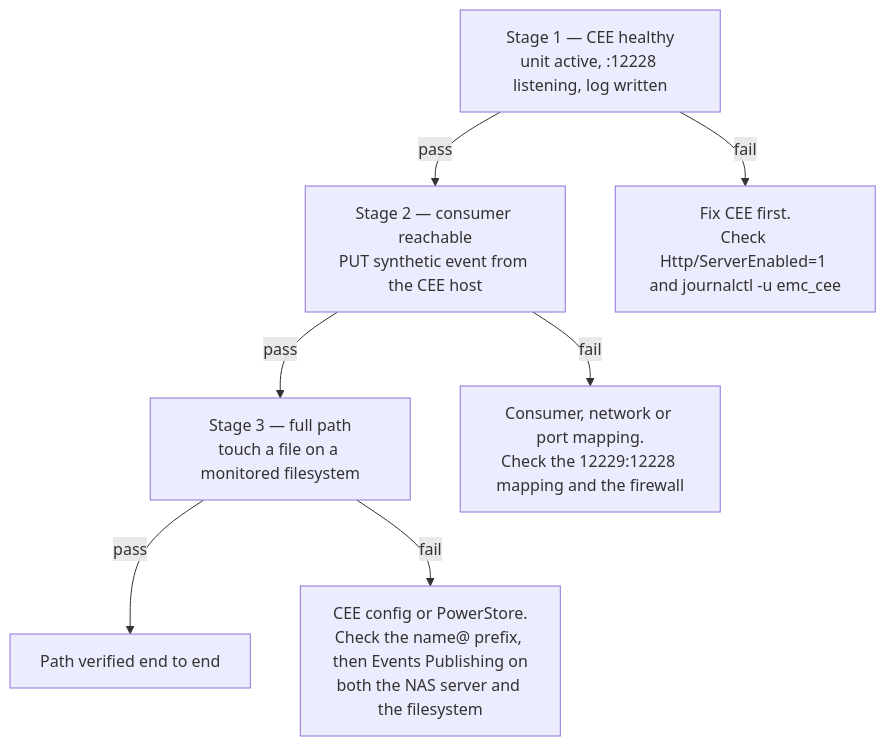
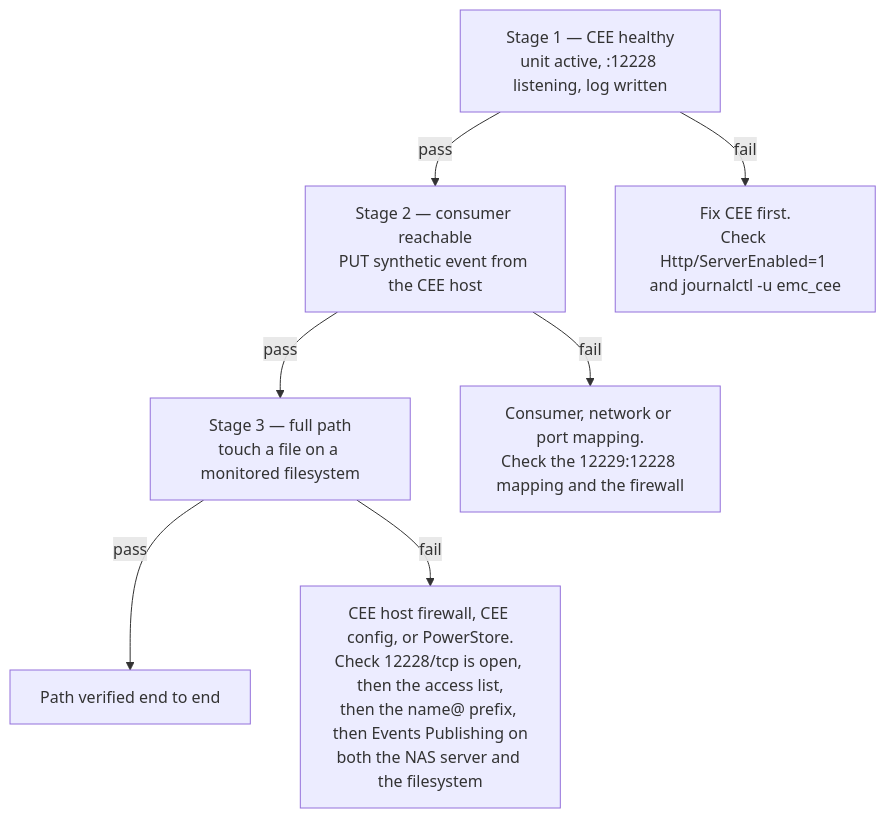
One commit to fjacquet/cee-worker changed the diagram in docs/powerstore-setup-runbook.md. Above: the diagram before and after it, drawn with Mermaid. The commit also changed other lines of this file and 12 other files, not shown here.

````diff
--- a/docs/powerstore-setup-runbook.md
+++ b/docs/powerstore-setup-runbook.md
@@ -52,18 +62,18 @@
 ```mermaid
 flowchart TD
     S1["Stage 1 — CEE healthy<br/>unit active, :12228 listening, log written"]
     S2["Stage 2 — consumer reachable<br/>PUT synthetic event from the CEE host"]
     S3["Stage 3 — full path<br/>touch a file on a monitored filesystem"]
 
     F1["Fix CEE first.<br/>Check Http/ServerEnabled=1 and journalctl -u emc_cee"]
     F2["Consumer, network or port mapping.<br/>Check the 12229:12228 mapping and the firewall"]
-    F3["CEE config or PowerStore.<br/>Check the name@ prefix, then Events Publishing on<br/>both the NAS server and the filesystem"]
+    F3["CEE host firewall, CEE config, or PowerStore.<br/>Check 12228/tcp is open, then the access list,<br/>then the name@ prefix, then Events Publishing on<br/>both the NAS server and the filesystem"]
     OK["Path verified end to end"]
 
     S1 -->|pass| S2
     S1 -->|fail| F1
     S2 -->|pass| S3
     S2 -->|fail| F2
     S3 -->|pass| OK
     S3 -->|fail| F3
 ```
````
